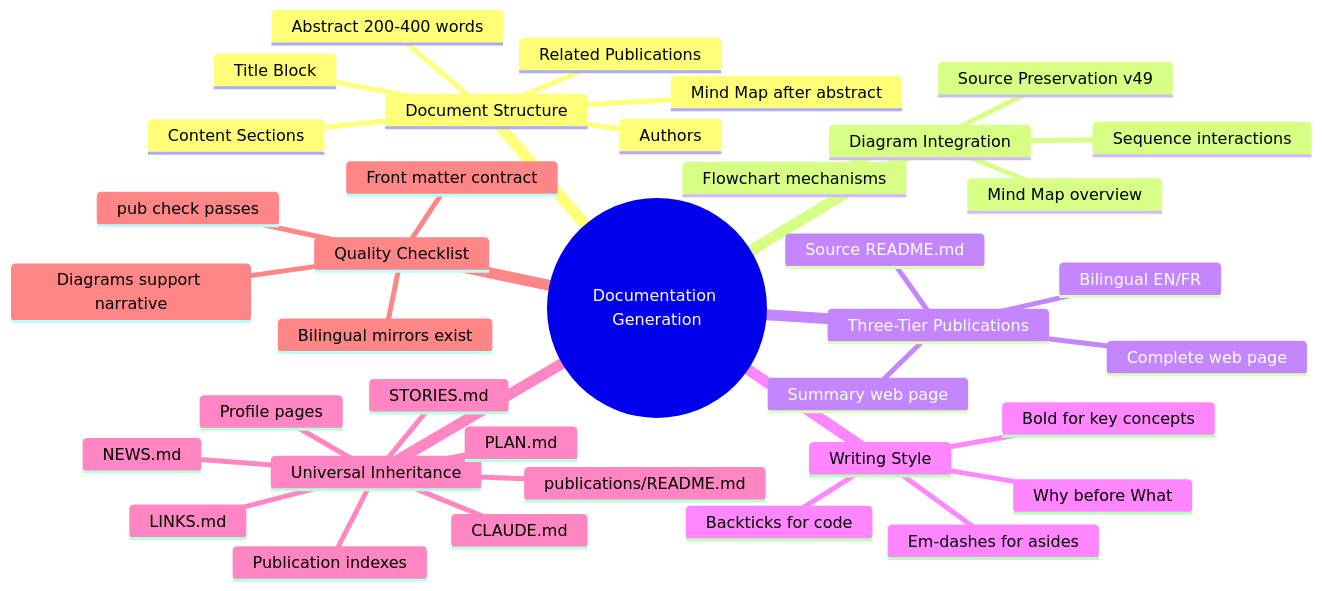
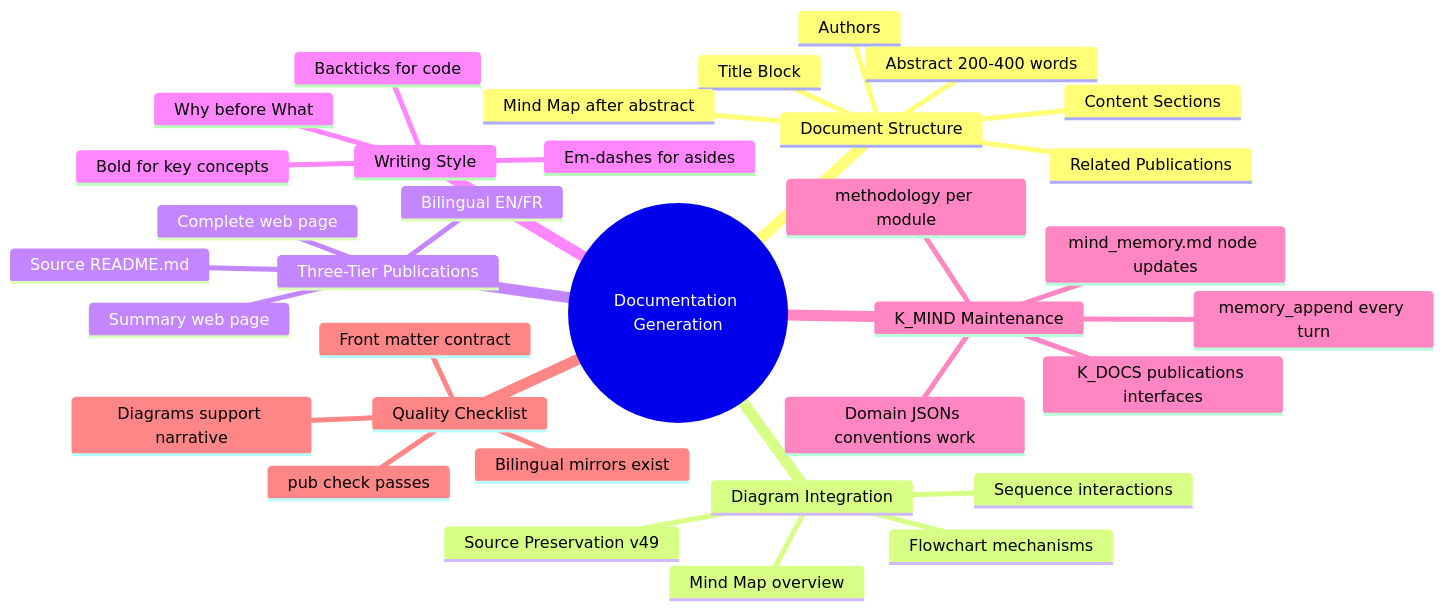
Before and after one commit to packetqc/K_DOCS: the diagram in docs/publications/documentation-generation/full/index.md, drawn with Mermaid. The commit also changed 3 other files, not shown here.

First line of the commit message:
docs: update documentation-generation mermaid to K2.0 architecture

````diff
--- a/docs/publications/documentation-generation/full/index.md
+++ b/docs/publications/documentation-generation/full/index.md
@@ -46,40 +46,37 @@
 ```mermaid
 mindmap
   root((Documentation Generation))
     Document Structure
       Title Block
       Authors
       Abstract 200-400 words
       Mind Map after abstract
       Content Sections
       Related Publications
     Diagram Integration
       Mind Map overview
       Flowchart mechanisms
       Sequence interactions
       Source Preservation v49
     Three-Tier Publications
       Source README.md
       Summary web page
       Complete web page
       Bilingual EN/FR
     Writing Style
       Bold for key concepts
       Backticks for code
       Em-dashes for asides
       Why before What
-    Universal Inheritance
-      NEWS.md
-      PLAN.md
-      LINKS.md
-      CLAUDE.md
-      STORIES.md
-      publications/README.md
-      Publication indexes
-      Profile pages
+    K_MIND Maintenance
+      mind_memory.md node updates
+      Domain JSONs conventions work
+      memory_append every turn
+      methodology per module
+      K_DOCS publications interfaces
     Quality Checklist
       Front matter contract
       Diagrams support narrative
       Bilingual mirrors exist
       pub check passes
 ```
````
